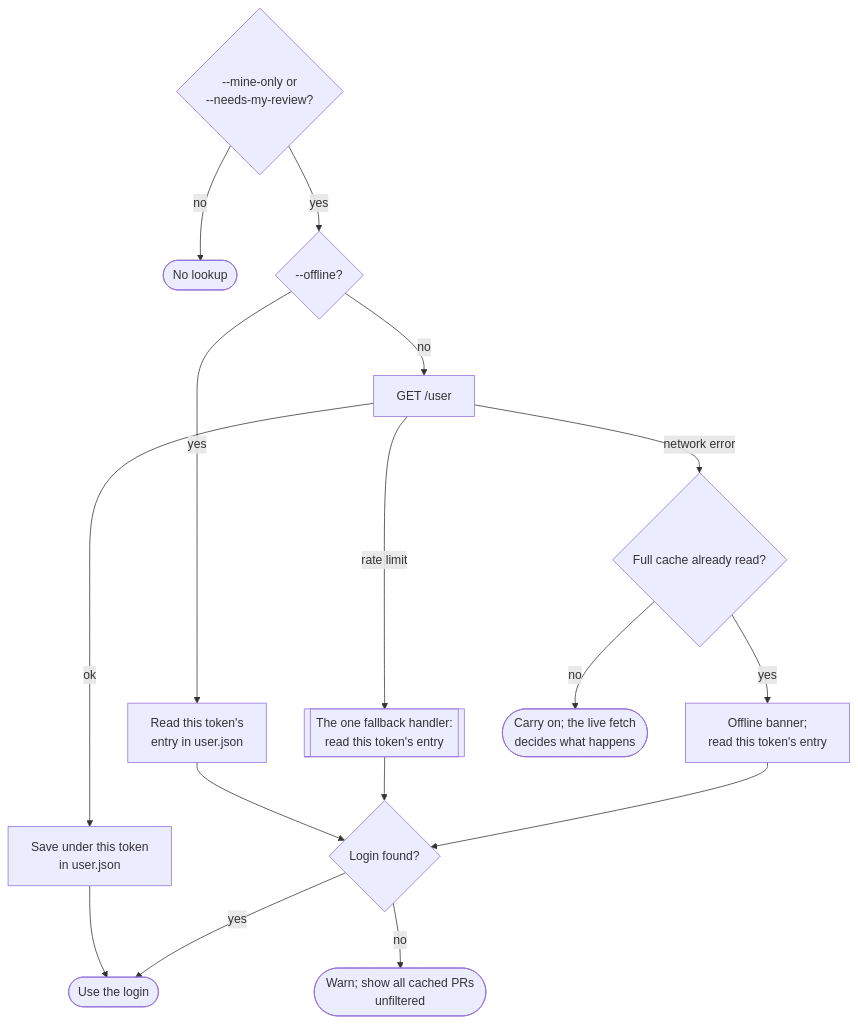
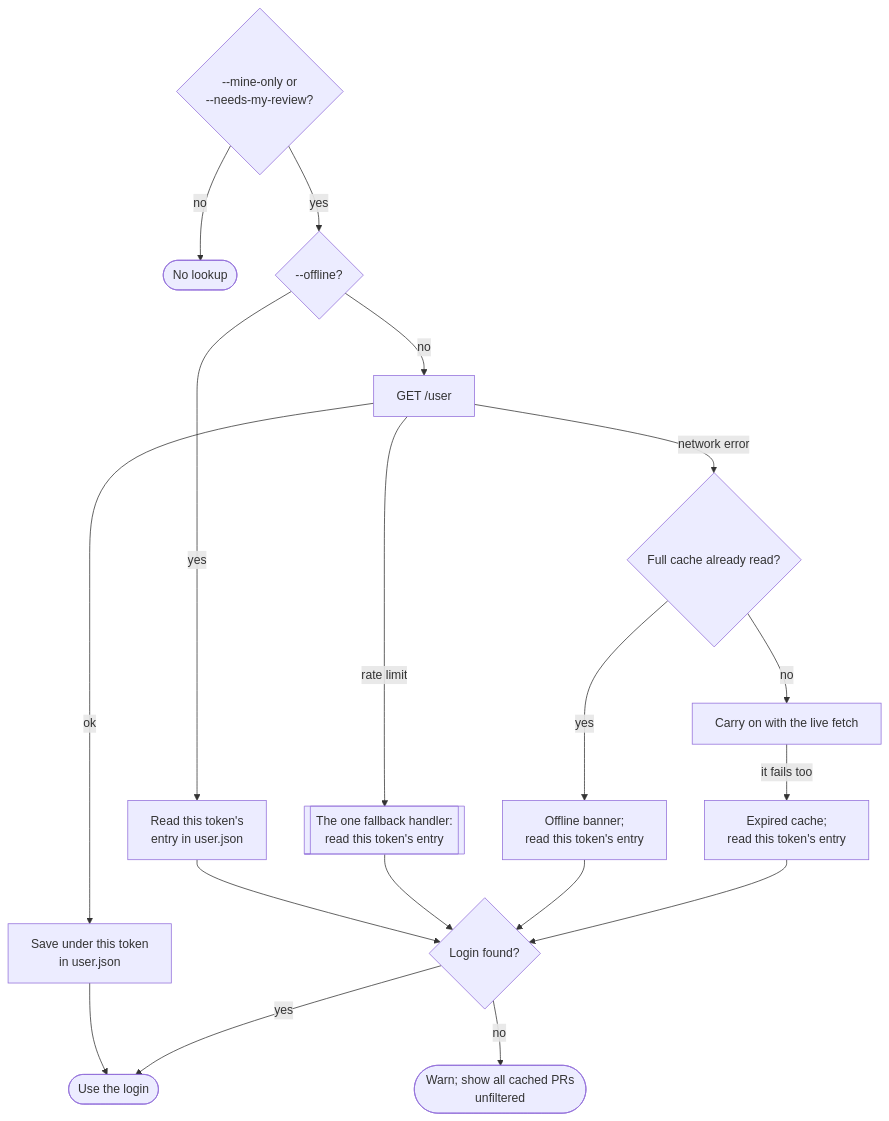
The third of 3 diagrams in docs/design/rate-limit-fallback.md (mrsixw/breakfast), drawn with Mermaid before and after one commit. The commit also changed other lines of this file and 6 other files, not shown here.

````diff
--- a/docs/design/rate-limit-fallback.md
+++ b/docs/design/rate-limit-fallback.md
@@ -208,15 +224,16 @@
 ```mermaid
 flowchart TD
     need{"--mine-only or<br/>--needs-my-review?"} -->|no| skip(["No lookup"])
     need -->|yes| isOffline{"--offline?"}
     isOffline -->|yes| read1["Read this token's<br/>entry in user.json"]
     isOffline -->|no| ask["GET /user"]
     ask -->|ok| save["Save under this token<br/>in user.json"] --> use(["Use the login"])
     ask -->|rate limit| fb[["The one fallback handler:<br/>read this token's entry"]]
     ask -->|network error| net{"Full cache already read?"}
     net -->|yes| read2["Offline banner;<br/>read this token's entry"]
-    net -->|no| carryOn(["Carry on; the live fetch<br/>decides what happens"])
-    read1 & fb & read2 --> found{"Login found?"}
+    net -->|no| carryOn["Carry on with the live fetch"]
+    carryOn -->|it fails too| read3["Expired cache;<br/>read this token's entry"]
+    read1 & fb & read2 & read3 --> found{"Login found?"}
     found -->|yes| use
     found -->|no| warn(["Warn; show all cached PRs<br/>unfiltered"])
 ```
````
